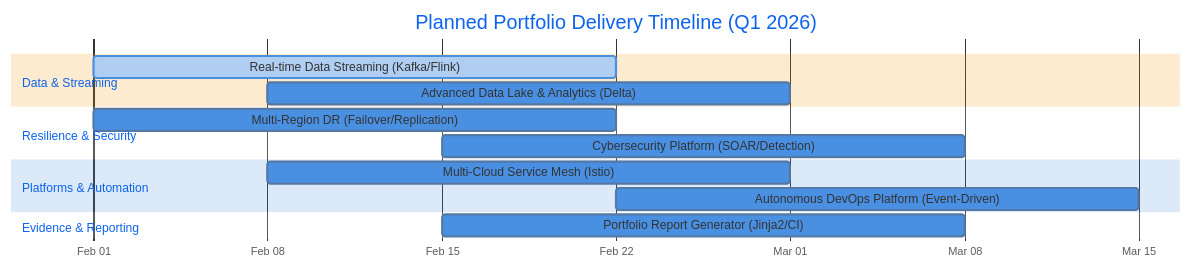
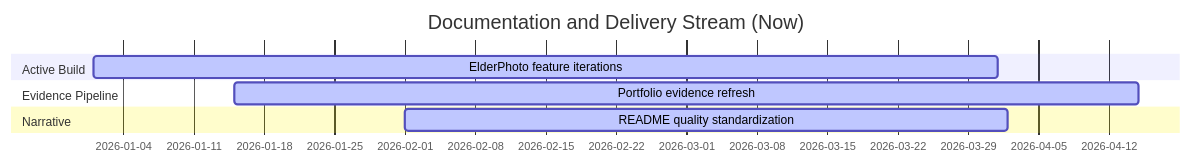
One commit to samueljackson-collab/Samueljackson-collab changed the third of 5 diagrams in README.md. Above: the diagram before and after it, drawn with Mermaid. The commit also changed other lines of this file, not shown here.

Commit message:
docs: overhaul main README with portfolio master index

````diff
--- a/README.md
+++ b/README.md
@@ -270,22 +106,11 @@
 ```mermaid
-%%{init: {'theme':'base', 'themeVariables': { 'primaryColor':'#4a90e2','secondaryColor':'#50C878','tertiaryColor':'#f39c12'}}}%%
 gantt
-    title Planned Portfolio Delivery Timeline (Q1 2026)
-    dateFormat  YYYY-MM-DD
-    axisFormat  %b %d
-
-    section Data & Streaming
-    Real-time Data Streaming (Kafka/Flink)       :active, stream_p0, 2026-02-01, 21d
-    Advanced Data Lake & Analytics (Delta)       :datalake_p0, 2026-02-08, 21d
-
-    section Resilience & Security
-    Multi-Region DR (Failover/Replication)       :dr_p0, 2026-02-01, 21d
-    Cybersecurity Platform (SOAR/Detection)      :detection_p0, 2026-02-15, 21d
-
-    section Platforms & Automation
-    Multi-Cloud Service Mesh (Istio)             :mesh_p0, 2026-02-08, 21d
-    Autonomous DevOps Platform (Event-Driven)    :auto_p0, 2026-02-22, 21d
-
-    section Evidence & Reporting
-    Portfolio Report Generator (Jinja2/CI)       :report_p0, 2026-02-15, 21d
+  title Documentation and Delivery Stream (Now)
+  dateFormat  YYYY-MM-DD
+  section Active Build
+  ElderPhoto feature iterations       :active, a1, 2026-01-01, 90d
+  section Evidence Pipeline
+  Portfolio evidence refresh          :active, b1, 2026-01-15, 90d
+  section Narrative
+  README quality standardization      :active, c1, 2026-02-01, 60d
 ```
````
